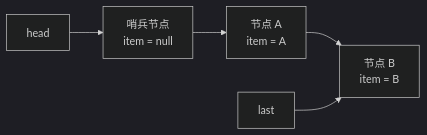
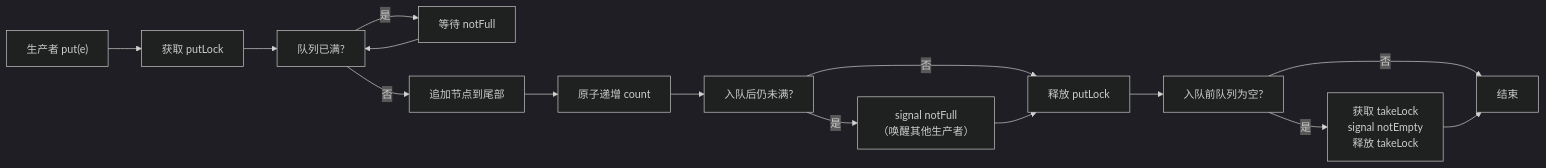
One commit to rebibabo/rebibabo.github.io changed the diagram in images/Java-concurrency/IMG-20260707-000152.mmd. Above: the diagram before and after it, drawn with Mermaid (dark theme). The commit also changed 341 other files, not shown here.

```diff
--- a/images/Java-concurrency/IMG-20260707-000152.mmd
+++ b/images/Java-concurrency/IMG-20260707-000152.mmd
@@ -1,3 +1,15 @@
 flowchart LR
-    head["head"] --> sentinel["哨兵节点<br>item = null"] --> a["节点 A<br>item = A"] --> b["节点 B<br>item = B"]
-    last["last"] --> b
+    A["生产者 put(e)"] --> B["获取 putLock"]
+    B --> C["队列已满?"]
+    C -->|"是"| D["等待 notFull"]
+    D --> C
+    C -->|"否"| E["追加节点到尾部"]
+    E --> F["原子递增 count"]
+    F --> G["入队后仍未满?"]
+    G -->|"是"| H["signal notFull<br>（唤醒其他生产者）"]
+    G -->|"否"| I["释放 putLock"]
+    H --> I
+    I --> J["入队前队列为空?"]
+    J -->|"是"| K["获取 takeLock<br>signal notEmpty<br>释放 takeLock"]
+    J -->|"否"| L["结束"]
+    K --> L
```
